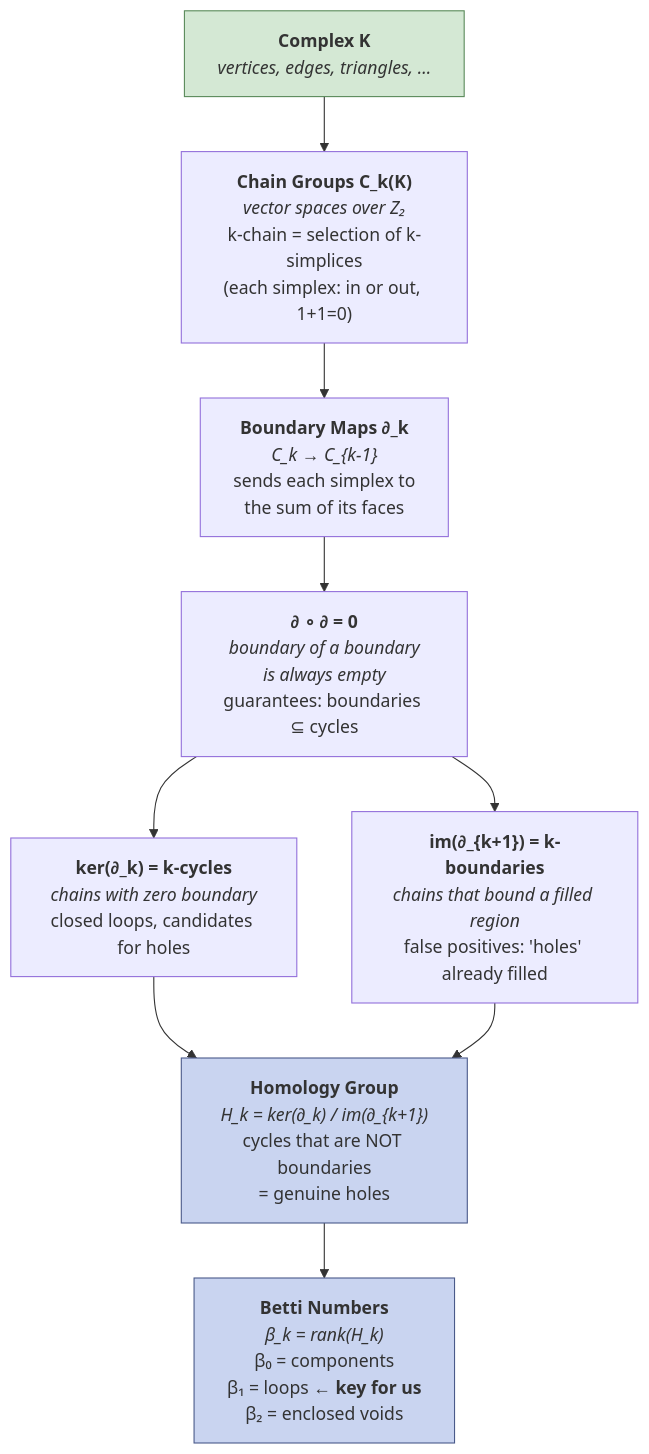
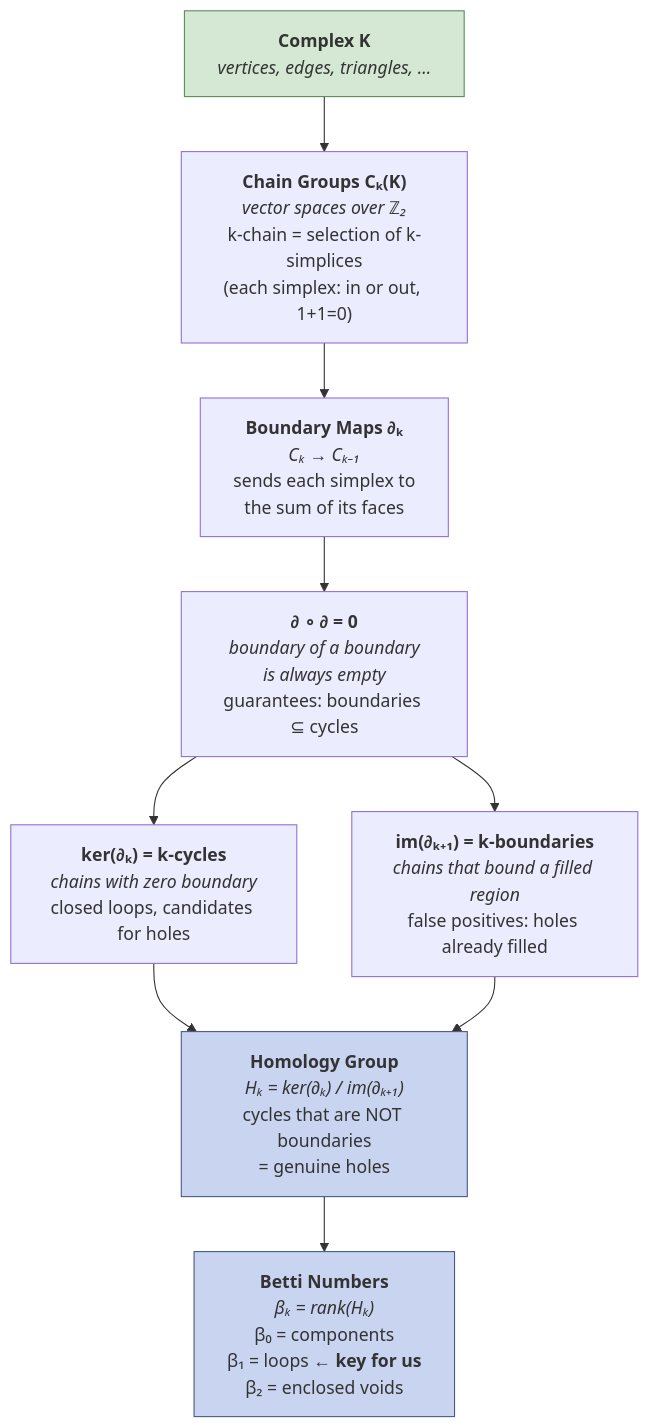
One commit to Zanzagar/persistent-homology-research changed the second of 3 diagrams in docs/persistent_homology_advisor_writeup.md. Above: the diagram before and after it, drawn with Mermaid. The commit also changed other lines of this file, not shown here.

Commit message:
docs: improve math notation in Mermaid diagrams with Unicode symbols
Replace ASCII subscripts with Unicode: Cₖ, ∂ₖ, Hₖ, βₖ, ℤ₂, ∂ₖ₋₁,
∂ₖ₊₁, ‖f − g‖∞. GitHub Mermaid doesn't support LaTeX, so Unicode
is the best available rendering.

````diff
--- a/docs/persistent_homology_advisor_writeup.md
+++ b/docs/persistent_homology_advisor_writeup.md
@@ -53,15 +53,15 @@
 ```mermaid
 flowchart TD
-    K["<b>Complex K</b><br/><i>vertices, edges, triangles, ...</i>"] --> CG["<b>Chain Groups C_k(K)</b><br/><i>vector spaces over Z₂</i><br/>k-chain = selection of k-simplices<br/>(each simplex: in or out, 1+1=0)"]
-    CG --> BM["<b>Boundary Maps ∂_k</b><br/><i>C_k → C_{k-1}</i><br/>sends each simplex to<br/>the sum of its faces"]
+    K["<b>Complex K</b><br/><i>vertices, edges, triangles, ...</i>"] --> CG["<b>Chain Groups Cₖ(K)</b><br/><i>vector spaces over ℤ₂</i><br/>k-chain = selection of k-simplices<br/>(each simplex: in or out, 1+1=0)"]
+    CG --> BM["<b>Boundary Maps ∂ₖ</b><br/><i>Cₖ → Cₖ₋₁</i><br/>sends each simplex to<br/>the sum of its faces"]
     BM --> PROP["<b>∂ ∘ ∂ = 0</b><br/><i>boundary of a boundary<br/>is always empty</i><br/>guarantees: boundaries ⊆ cycles"]
-    PROP --> KER["<b>ker(∂_k) = k-cycles</b><br/><i>chains with zero boundary</i><br/>closed loops, candidates for holes"]
-    PROP --> IM["<b>im(∂_{k+1}) = k-boundaries</b><br/><i>chains that bound a filled region</i><br/>false positives: 'holes' already filled"]
-    KER --> HOM["<b>Homology Group</b><br/><i>H_k = ker(∂_k) / im(∂_{k+1})</i><br/>cycles that are NOT boundaries<br/>= genuine holes"]
+    PROP --> KER["<b>ker(∂ₖ) = k-cycles</b><br/><i>chains with zero boundary</i><br/>closed loops, candidates for holes"]
+    PROP --> IM["<b>im(∂ₖ₊₁) = k-boundaries</b><br/><i>chains that bound a filled region</i><br/>false positives: holes already filled"]
+    KER --> HOM["<b>Homology Group</b><br/><i>Hₖ = ker(∂ₖ) / im(∂ₖ₊₁)</i><br/>cycles that are NOT boundaries<br/>= genuine holes"]
     IM --> HOM
-    HOM --> BETTI["<b>Betti Numbers</b><br/><i>β_k = rank(H_k)</i><br/>β₀ = components<br/>β₁ = loops ← <b>key for us</b><br/>β₂ = enclosed voids"]
+    HOM --> BETTI["<b>Betti Numbers</b><br/><i>βₖ = rank(Hₖ)</i><br/>β₀ = components<br/>β₁ = loops ← <b>key for us</b><br/>β₂ = enclosed voids"]
 
     style K fill:#d4e8d4,stroke:#5a8a5a
     style HOM fill:#c9d4f0,stroke:#4a5a8a
     style BETTI fill:#c9d4f0,stroke:#4a5a8a
 ```
````
